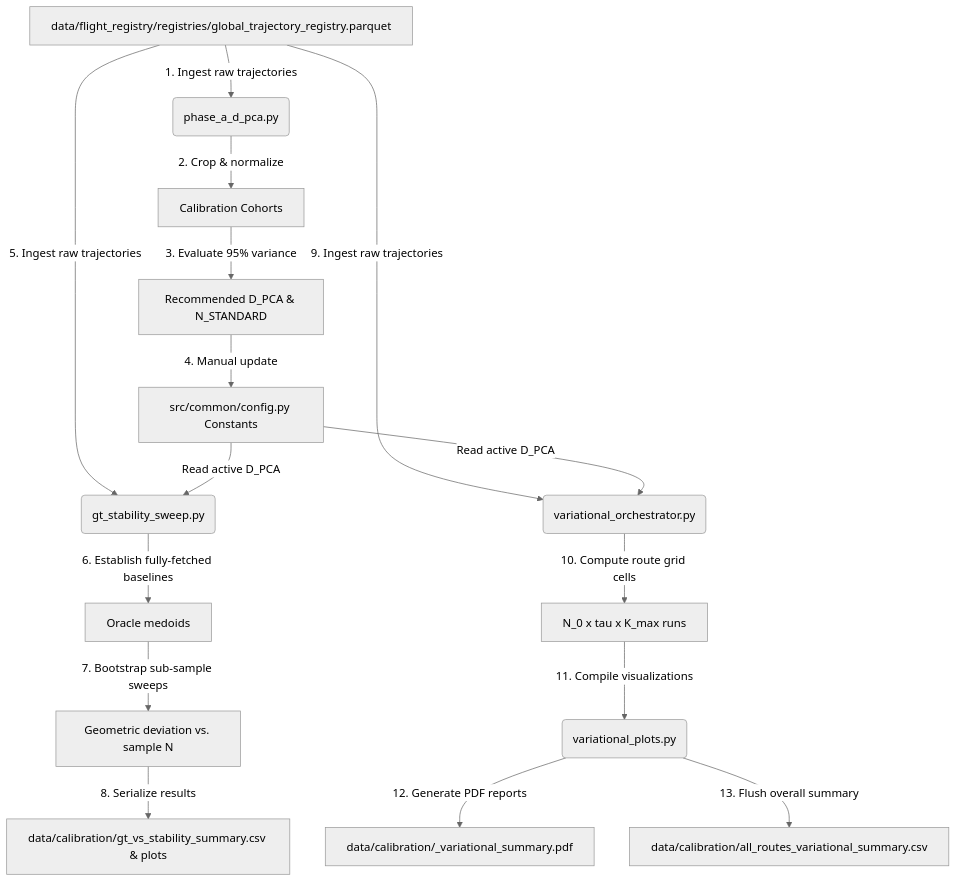
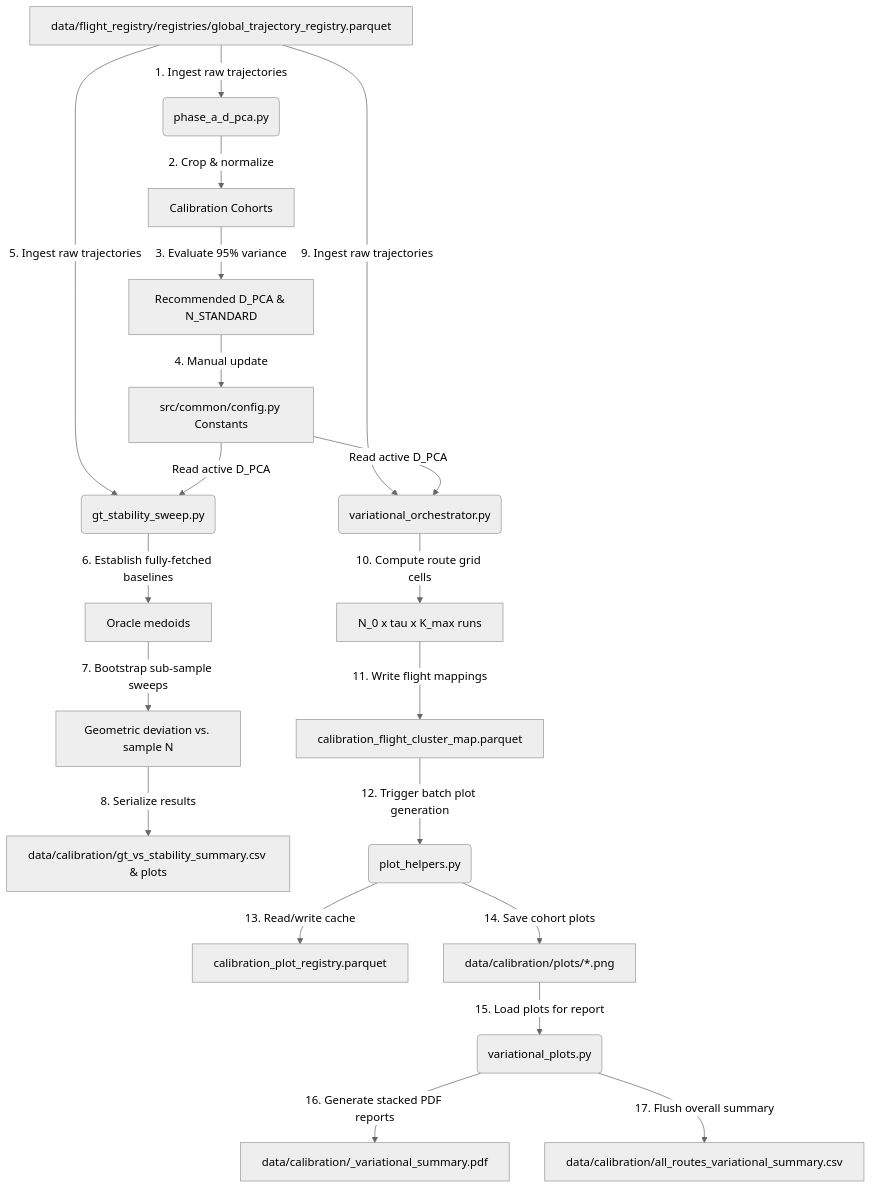
One commit to Bauzement123/flight-physics-pipeline changed the diagram in src/calibration/README.md. Above: the diagram before and after it, drawn with Mermaid (neutral theme). The commit also changed other lines of this file and 5 other files, not shown here.

Commit message:
feat(calibration): integrate stacked cohort plot visualization, PDF rework, and atomic plot registry

````diff
--- a/src/calibration/README.md
+++ b/src/calibration/README.md
@@ -69,20 +77,24 @@
 ```mermaid
 graph TD
     A[data/flight_registry/registries/global_trajectory_registry.parquet] -->|1. Ingest raw trajectories| B(phase_a_d_pca.py)
     B -->|2. Crop & normalize| C[Calibration Cohorts]
     C -->|3. Evaluate 95% variance| D[Recommended D_PCA & N_STANDARD]
     D -->|4. Manual update| E[src/common/config.py Constants]
     
     A -->|5. Ingest raw trajectories| F(gt_stability_sweep.py)
     E -->|Read active D_PCA| F
     F -->|6. Establish fully-fetched baselines| G[Oracle medoids]
     G -->|7. Bootstrap sub-sample sweeps| H[Geometric deviation vs. sample N]
     H -->|8. Serialize results| I[data/calibration/gt_vs_stability_summary.csv & plots]
     
     A -->|9. Ingest raw trajectories| J(variational_orchestrator.py)
     E -->|Read active D_PCA| J
     J -->|10. Compute route grid cells| K[N_0 x tau x K_max runs]
-    K -->|11. Compile visualizations| L(variational_plots.py)
-    L -->|12. Generate PDF reports| M[data/calibration/<route>_variational_summary.pdf]
-    L -->|13. Flush overall summary| N[data/calibration/all_routes_variational_summary.csv]
+    K -->|11. Write flight mappings| O[calibration_flight_cluster_map.parquet]
+    O -->|12. Trigger batch plot generation| P(plot_helpers.py)
+    P -->|13. Read/write cache| Q[calibration_plot_registry.parquet]
+    P -->|14. Save cohort plots| R[data/calibration/plots/*.png]
+    R -->|15. Load plots for report| L(variational_plots.py)
+    L -->|16. Generate stacked PDF reports| M[data/calibration/<route>_variational_summary.pdf]
+    L -->|17. Flush overall summary| N[data/calibration/all_routes_variational_summary.csv]
 ```
````
